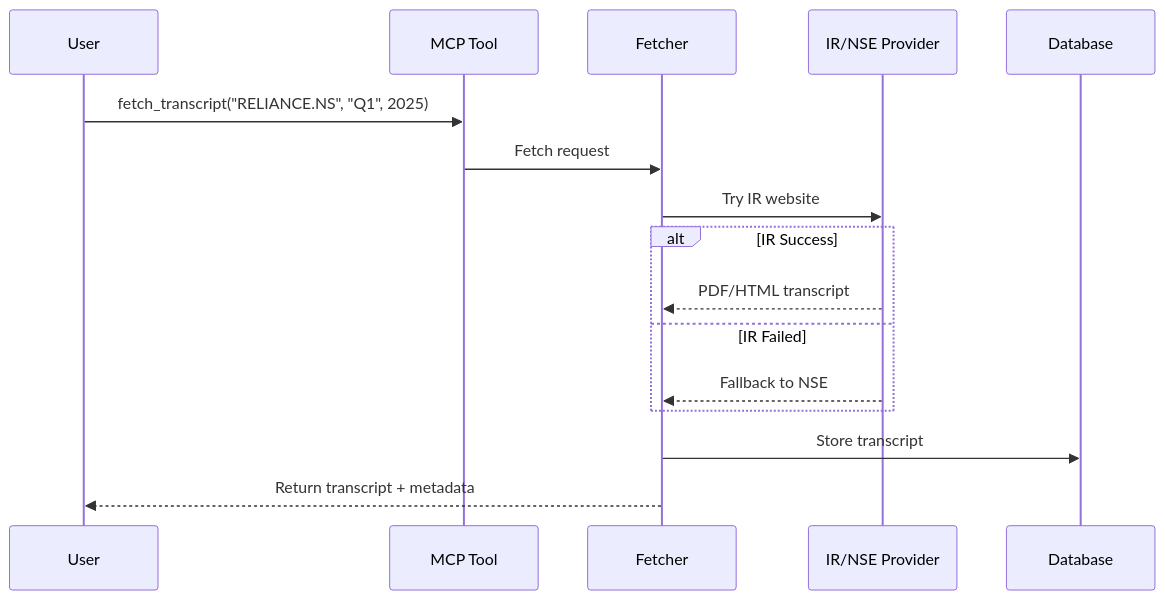
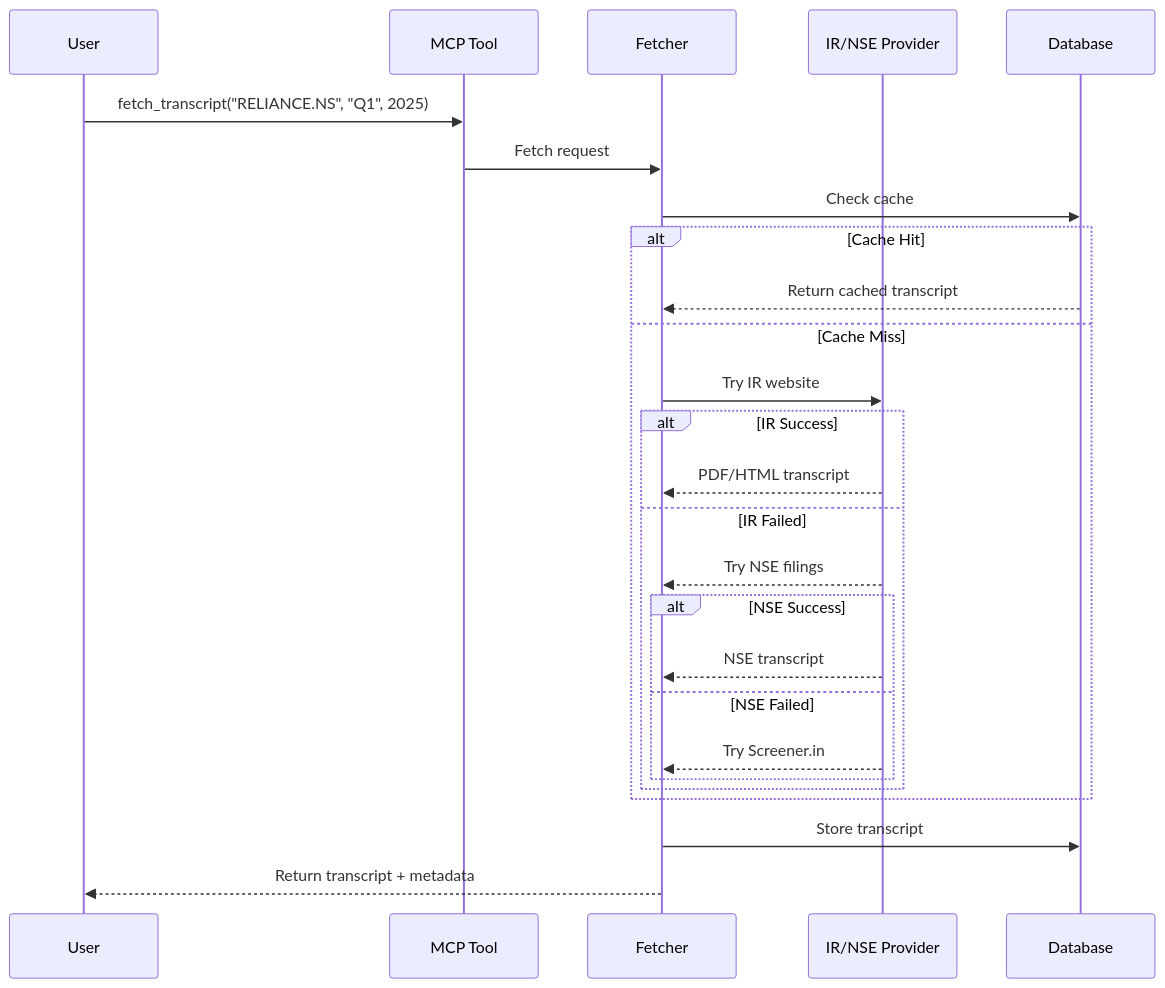
The second of 3 diagrams in docs/concall/overview.md (arunbcodes/maverick-mcp), drawn with Mermaid before and after one commit. The commit also changed other lines of this file and 4 other files, not shown here.

First line of the commit message:
docs: Update all concall documentation with Screener.in provider

````diff
--- a/docs/concall/overview.md
+++ b/docs/concall/overview.md
@@ -135,19 +137,29 @@
 ```mermaid
 sequenceDiagram
     participant User
     participant MCP as MCP Tool
     participant Fetcher
     participant Provider as IR/NSE Provider
     participant DB as Database
 
     User->>MCP: fetch_transcript("RELIANCE.NS", "Q1", 2025)
     MCP->>Fetcher: Fetch request
-    Fetcher->>Provider: Try IR website
-    alt IR Success
-        Provider-->>Fetcher: PDF/HTML transcript
-    else IR Failed
-        Provider-->>Fetcher: Fallback to NSE
+    Fetcher->>DB: Check cache
+    alt Cache Hit
+        DB-->>Fetcher: Return cached transcript
+    else Cache Miss
+        Fetcher->>Provider: Try IR website
+        alt IR Success
+            Provider-->>Fetcher: PDF/HTML transcript
+        else IR Failed
+            Provider-->>Fetcher: Try NSE filings
+            alt NSE Success
+                Provider-->>Fetcher: NSE transcript
+            else NSE Failed
+                Provider-->>Fetcher: Try Screener.in
+            end
+        end
     end
     Fetcher->>DB: Store transcript
     Fetcher-->>User: Return transcript + metadata
 ```
````
